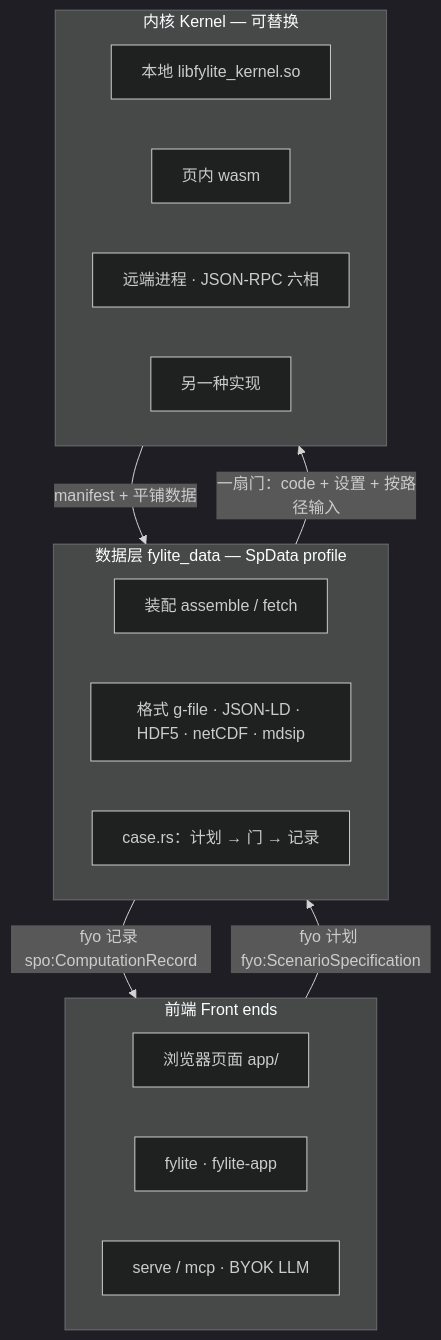
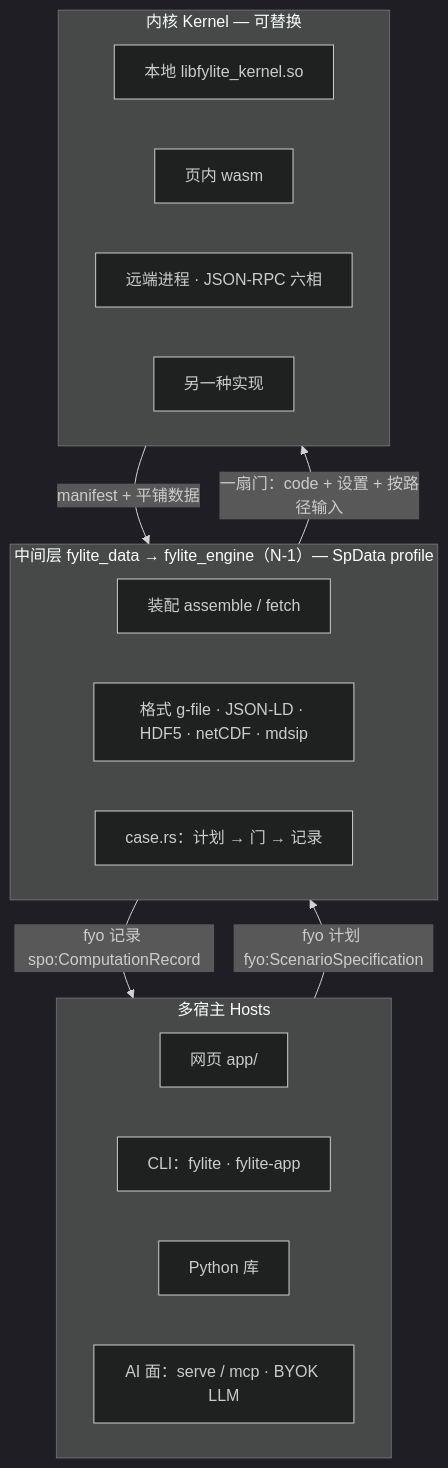
One commit to fusion-yun/fylite changed the diagram in docs/design/FYL-DESIGN-16.md. Above: the diagram before and after it, drawn with Mermaid (dark theme). The commit also changed other lines of this file and 1 other file, not shown here.

````diff
--- a/docs/design/FYL-DESIGN-16.md
+++ b/docs/design/FYL-DESIGN-16.md
@@ -106,23 +119,24 @@
 ```{mermaid}
 flowchart TB
-  subgraph F[前端 Front ends]
-    GUI[浏览器页面 app/]
-    CLI[fylite · fylite-app]
-    AI[serve / mcp · BYOK LLM]
+  subgraph F[多宿主 Hosts]
+    GUI[网页 app/]
+    CLI[CLI：fylite · fylite-app]
+    PY[Python 库]
+    AI[AI 面：serve / mcp · BYOK LLM]
   end
-  subgraph D[数据层 fylite_data — SpData profile]
+  subgraph D[中间层 fylite_data → fylite_engine（N-1）— SpData profile]
     ASM[装配 assemble / fetch]
     FMT[格式 g-file · JSON-LD · HDF5 · netCDF · mdsip]
     CASE[case.rs：计划 → 门 → 记录]
   end
   subgraph K[内核 Kernel — 可替换]
     LOCAL[本地 libfylite_kernel.so]
     WASM[页内 wasm]
     REMOTE[远端进程 · JSON-RPC 六相]
     OTHER[另一种实现]
   end
   F -->|fyo 计划 fyo:ScenarioSpecification| D
   D -->|一扇门：code + 设置 + 按路径输入| K
   K -->|manifest + 平铺数据| D
   D -->|fyo 记录 spo:ComputationRecord| F
 ```
````
